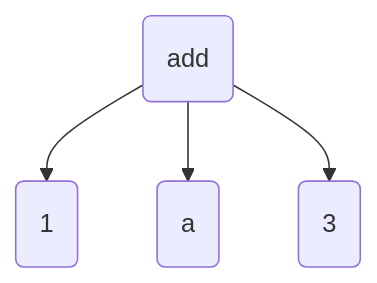
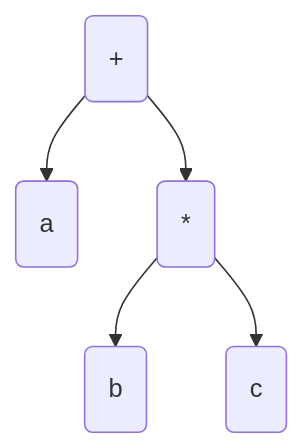
One commit to pengvyn/kavpix-code changed diagram 16 of 49 in src/essays/number-tree/essay.md. Above: the diagram before and after it, drawn with Mermaid. The commit also changed other lines of this file and 1 other file, not shown here.

````diff
--- a/src/essays/number-tree/essay.md
+++ b/src/essays/number-tree/essay.md
@@ -124,6 +288,7 @@
 ```mermaid
     graph TD;
-        add(add) --> 1(1);
-        add --> a(a);
-        add --> 3(3);
+        add(+) --> a(a);
+        add --> mul(*);
+        mul --> b(b);
+        mul --> c(c);
 ```
````
